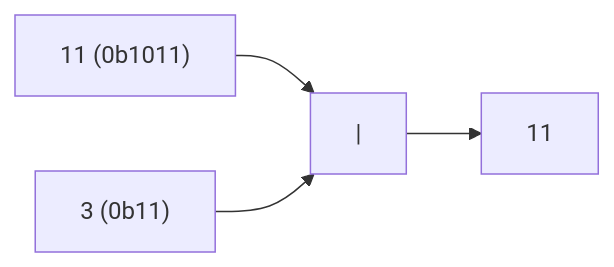
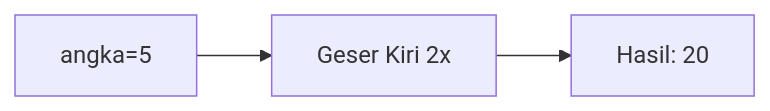
One commit to amnahwaida/OSNK_INF_PREP changed diagram 12 of 25 in part-c-pemahaman-cpp/06-bitwise/latihan/set-07.md. Above: the diagram before and after it, drawn with Mermaid. The commit also changed other lines of this file and 71 other files, not shown here.

````diff
--- a/part-c-pemahaman-cpp/06-bitwise/latihan/set-07.md
+++ b/part-c-pemahaman-cpp/06-bitwise/latihan/set-07.md
@@ -312,6 +320,5 @@
 ```mermaid
 graph LR
-A["11 (0b1011)"] --> C["|"]
-B["3 (0b11)"] --> C
-C --> D["11"]
+A["angka=5"] --> B["Geser Kiri 2x"]
+B --> C["Hasil: 20"]
 ```
````
